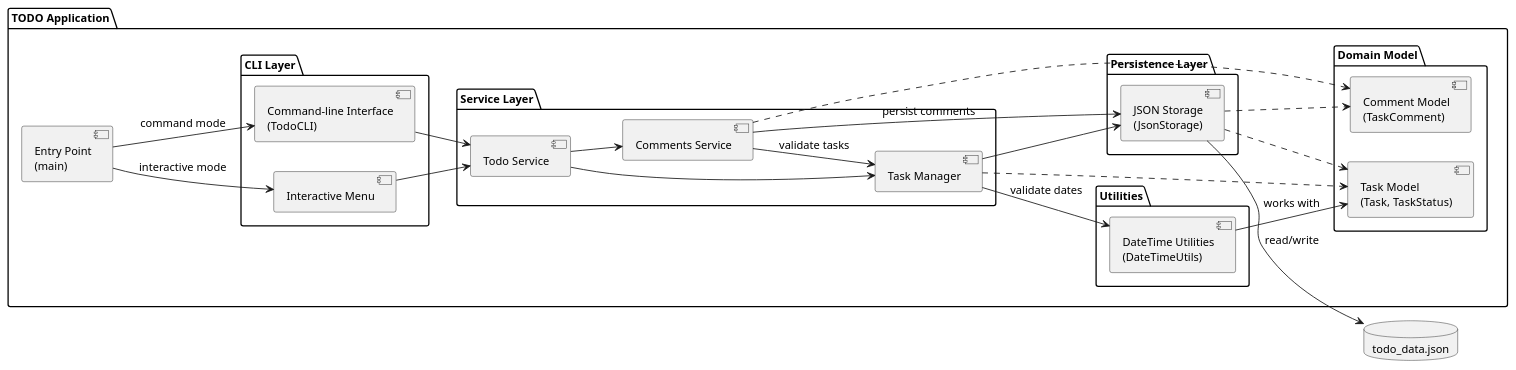
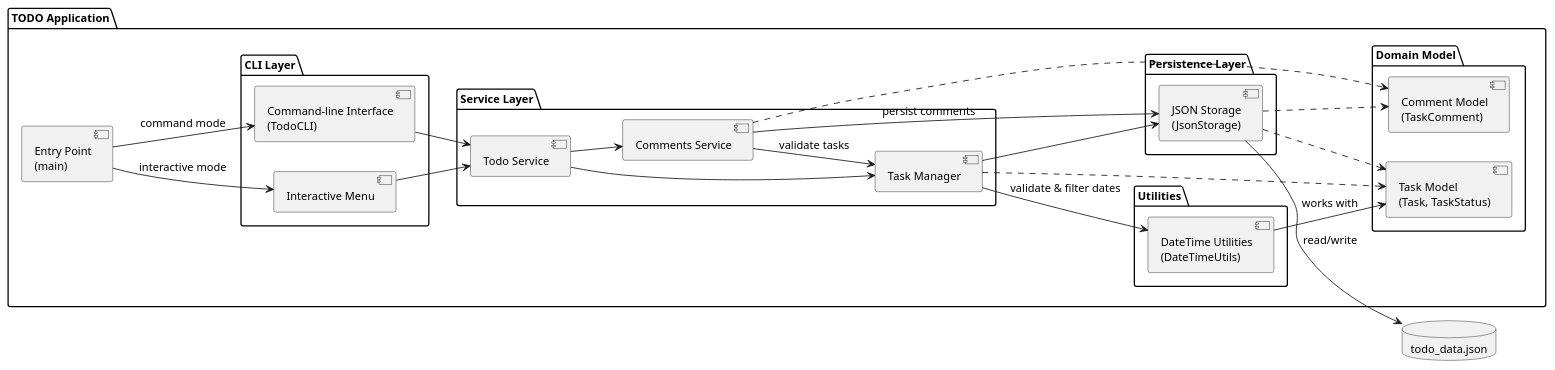
One commit to DanielRiha8906/Software_autoevolution_using_agents changed the diagram in experiments/supervisor_as_tools/user_stories/TODO/artifacts/component_diagram.puml. Above: the diagram before and after it, drawn with PlantUML. The commit also changed 9 other files, not shown here.

```diff
--- a/experiments/supervisor_as_tools/user_stories/TODO/artifacts/component_diagram.puml
+++ b/experiments/supervisor_as_tools/user_stories/TODO/artifacts/component_diagram.puml
@@ -1,61 +1,61 @@
 @startuml component_diagram
 
 skinparam componentStyle uml2
 skinparam defaultFontSize 13
 
 left to right direction
 
 package "TODO Application" {
 
     component "Entry Point\n(main)" as Main
 
     package "CLI Layer" {
         component "Interactive Menu" as IM
         component "Command-line Interface\n(TodoCLI)" as CLI
     }
 
     package "Service Layer" {
         component "Todo Service" as SVC
         component "Task Manager" as MGR
         component "Comments Service" as CMT
     }
 
     package "Domain Model" {
         component "Task Model\n(Task, TaskStatus)" as Model
         component "Comment Model\n(TaskComment)" as CommentModel
     }
 
     package "Utilities" {
         component "DateTime Utilities\n(DateTimeUtils)" as DTUtils
     }
 
     package "Persistence Layer" {
         component "JSON Storage\n(JsonStorage)" as Storage
     }
 }
 
 database "todo_data.json" as DB
 
 Main --> IM : interactive mode
 Main --> CLI : command mode
 
 IM --> SVC
 CLI --> SVC
 
 SVC --> MGR
 SVC --> CMT
 
 MGR --> Storage
-MGR --> DTUtils : validate dates
+MGR --> DTUtils : validate & filter dates
 MGR ..> Model
 CMT --> Storage : persist comments
 CMT --> MGR : validate tasks
 CMT ..> CommentModel
 
 Storage ..> Model
 Storage ..> CommentModel
 DTUtils --> Model : works with
 
 Storage --> DB : read/write
 
 @enduml
```
